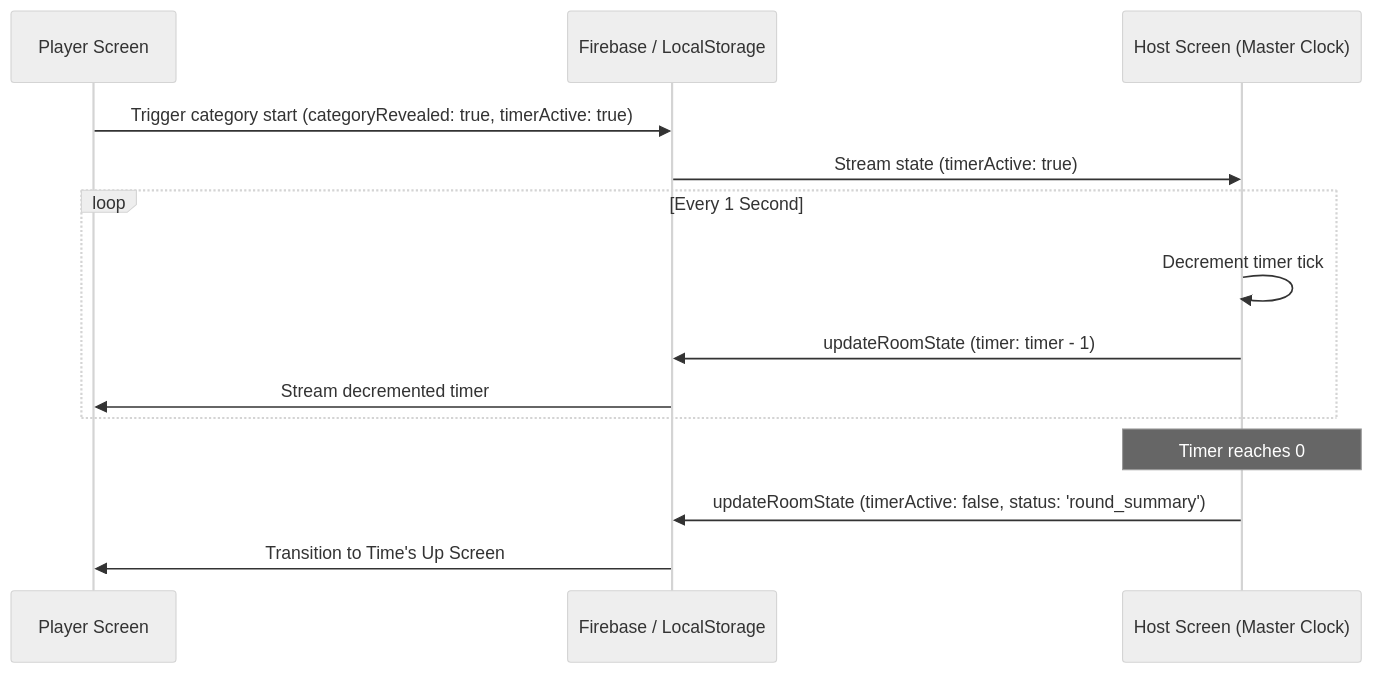
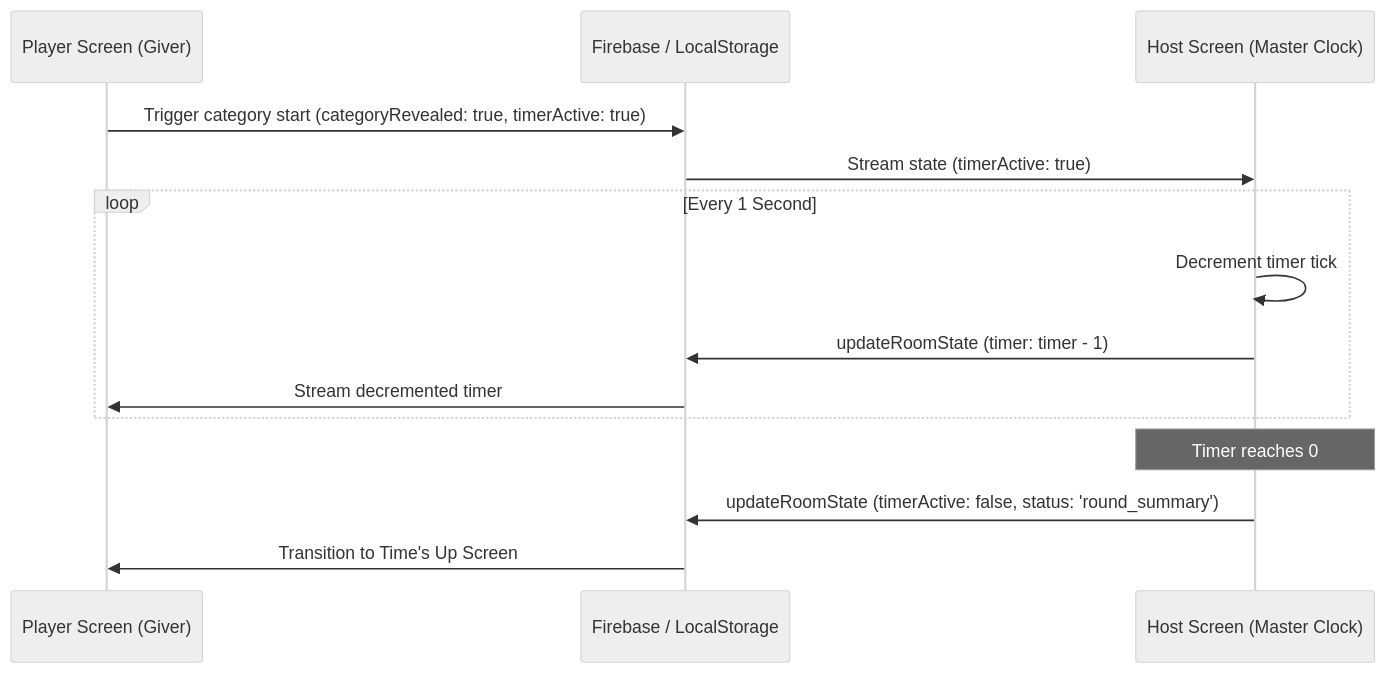
Before and after one commit to jjproductions/pyramid-2026: the second of 2 diagrams in docs/architecture.md, drawn with Mermaid (neutral theme). The commit also changed other lines of this file and 5 other files, not shown here.

````diff
--- a/docs/architecture.md
+++ b/docs/architecture.md
@@ -61,17 +61,17 @@
 ```mermaid
 sequenceDiagram
-    participant Player as Player Screen
+    participant Player as Player Screen (Giver)
     participant DB as Firebase / LocalStorage
     participant Host as Host Screen (Master Clock)
 
     Player->>DB: Trigger category start (categoryRevealed: true, timerActive: true)
     DB->>Host: Stream state (timerActive: true)
     loop Every 1 Second
         Host->>Host: Decrement timer tick
         Host->>DB: updateRoomState (timer: timer - 1)
         DB->>Player: Stream decremented timer
     end
     Note over Host: Timer reaches 0
     Host->>DB: updateRoomState (timerActive: false, status: 'round_summary')
     DB->>Player: Transition to Time's Up Screen
 ```
````
